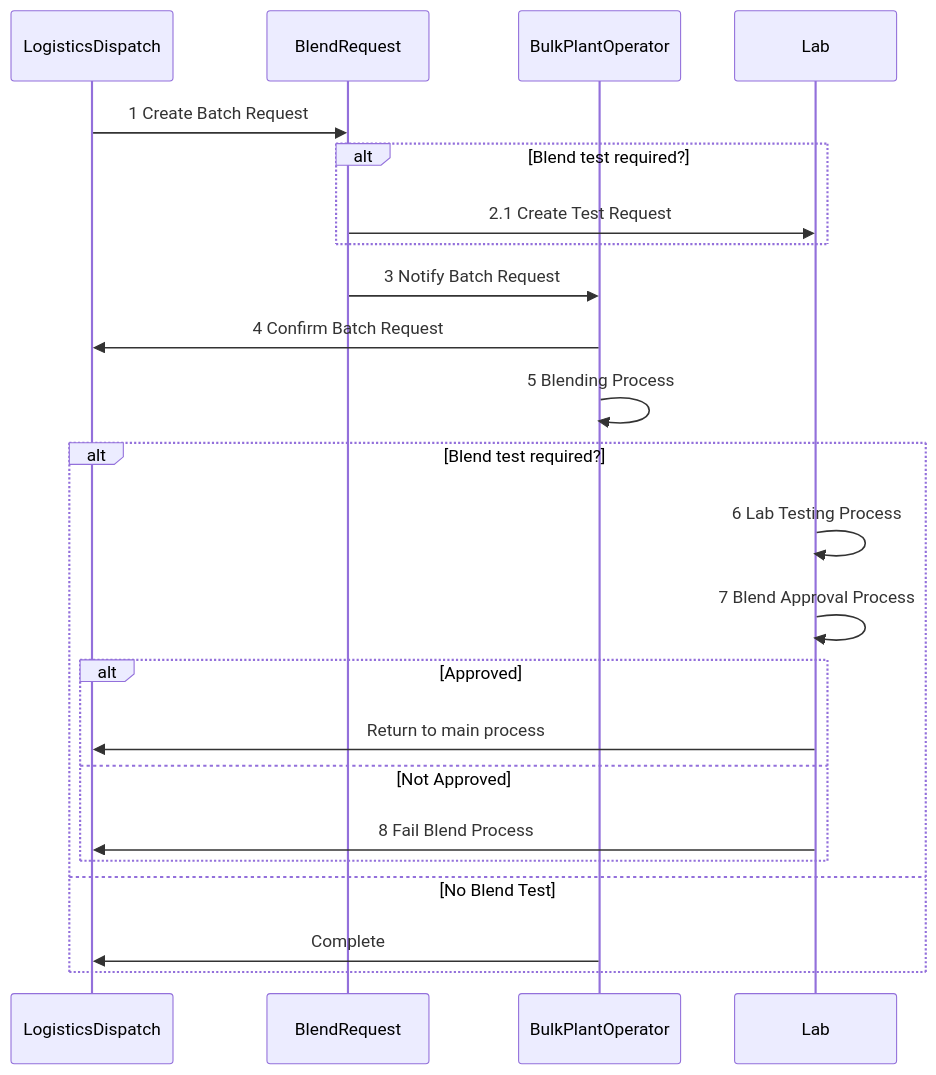
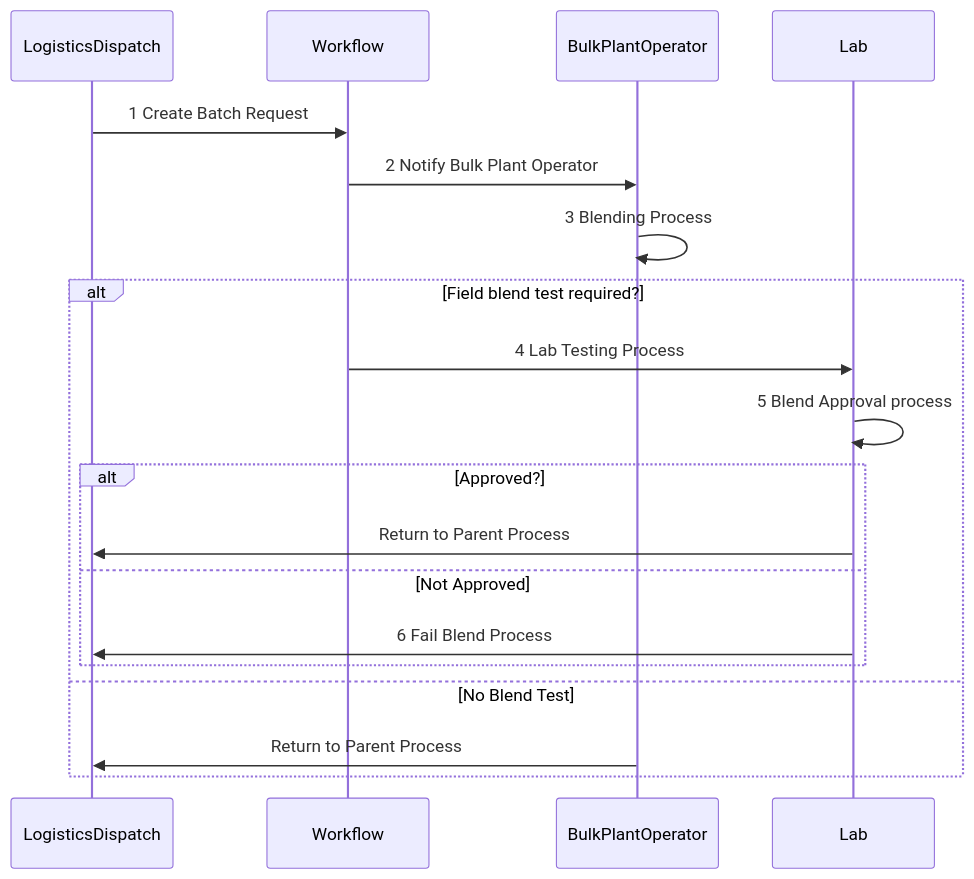
One commit to Sanjel-Energy-Services/eService_WorkItems changed the diagram in Documents/04 - Cementing Service Request/0b - Prepare Material/collaboration.md. Above: the diagram before and after it, drawn with Mermaid. The commit also changed other lines of this file and 26 other files, not shown here.

````diff
--- a/Documents/04 - Cementing Service Request/0b - Prepare Material/collaboration.md
+++ b/Documents/04 - Cementing Service Request/0b - Prepare Material/collaboration.md
@@ -3,28 +3,24 @@
 ```mermaid
 sequenceDiagram
     participant LogisticsDispatch
-    participant BlendRequest
+    participant Workflow
     participant BulkPlantOperator
     participant Lab
 
-    LogisticsDispatch->>BlendRequest: 1 Create Batch Request
-    alt Blend test required?
-    BlendRequest->>Lab: 2.1 Create Test Request
-    end
-    BlendRequest->>BulkPlantOperator: 3 Notify Batch Request
-    BulkPlantOperator->>LogisticsDispatch: 4 Confirm Batch Request
-    BulkPlantOperator->>BulkPlantOperator: 5 Blending Process
+    LogisticsDispatch->>Workflow: 1 Create Batch Request
+    Workflow->>BulkPlantOperator: 2 Notify Bulk Plant Operator
+    BulkPlantOperator->>BulkPlantOperator: 3 Blending Process
 
-    alt Blend test required?
-        Lab->>Lab: 6 Lab Testing Process
-        Lab->>Lab: 7 Blend Approval Process
-        alt Approved
-            Lab->>LogisticsDispatch: Return to main process
+    alt Field blend test required?
+        Workflow->>Lab: 4 Lab Testing Process
+        Lab->>Lab: 5 Blend Approval process
+        alt Approved?
+            Lab->>LogisticsDispatch: Return to Parent Process
         else Not Approved
-            Lab->>LogisticsDispatch: 8 Fail Blend Process
+            Lab->>LogisticsDispatch: 6 Fail Blend Process
         end
     else No Blend Test
-        BulkPlantOperator->>LogisticsDispatch:Complete
+        BulkPlantOperator->>LogisticsDispatch: Return to Parent Process
     end
   
 ```
````
